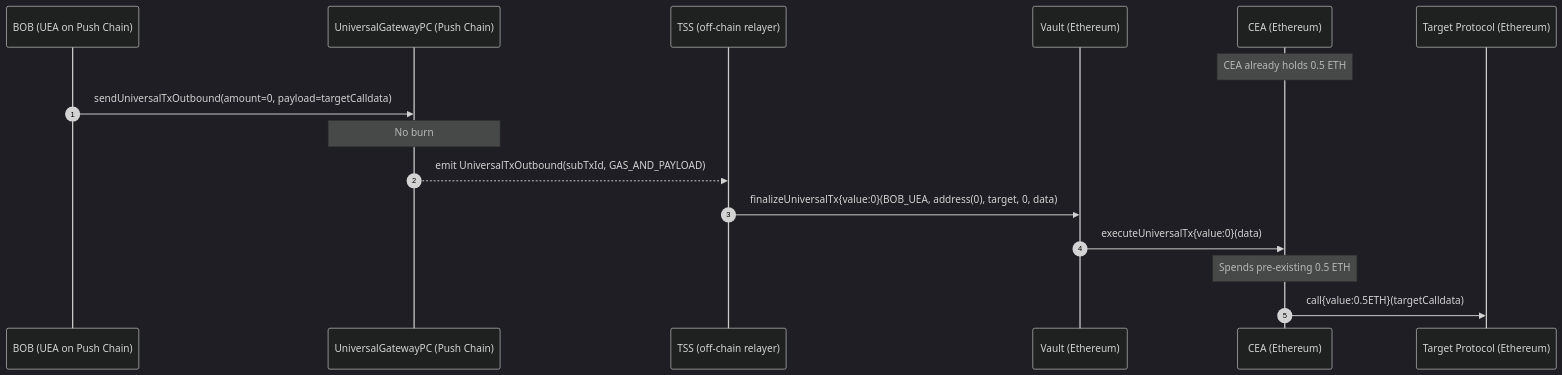
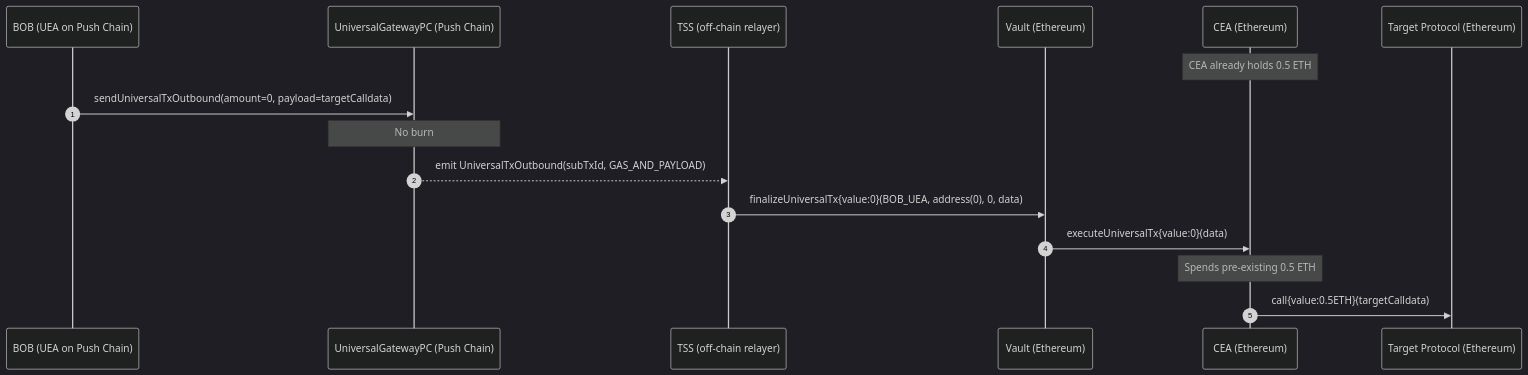
The sixth of 15 diagrams in contracts/evm-gateway/docs/4_OutboundTx_Flows.md (pushchain/push-chain-gateway-contracts), drawn with Mermaid (dark theme) before and after one commit. The commit also changed other lines of this file, not shown here.

````diff
--- a/contracts/evm-gateway/docs/4_OutboundTx_Flows.md
+++ b/contracts/evm-gateway/docs/4_OutboundTx_Flows.md
@@ -487,20 +381,20 @@
 ```mermaid
 sequenceDiagram
     autonumber
     participant BOB as BOB (UEA on Push Chain)
     participant GPC as UniversalGatewayPC (Push Chain)
     participant TSS as TSS (off-chain relayer)
     participant V as Vault (Ethereum)
     participant CEA as CEA (Ethereum)
     participant T as Target Protocol (Ethereum)
 
     Note over CEA: CEA already holds 0.5 ETH
     BOB->>GPC: sendUniversalTxOutbound(amount=0, payload=targetCalldata)
     Note over GPC: No burn
     GPC-->>TSS: emit UniversalTxOutbound(subTxId, GAS_AND_PAYLOAD)
 
-    TSS->>V: finalizeUniversalTx{value:0}(BOB_UEA, address(0), target, 0, data)
+    TSS->>V: finalizeUniversalTx{value:0}(BOB_UEA, address(0), 0, data)
     V->>CEA: executeUniversalTx{value:0}(data)
     Note over CEA: Spends pre-existing 0.5 ETH
     CEA->>T: call{value:0.5ETH}(targetCalldata)
 ```
````
